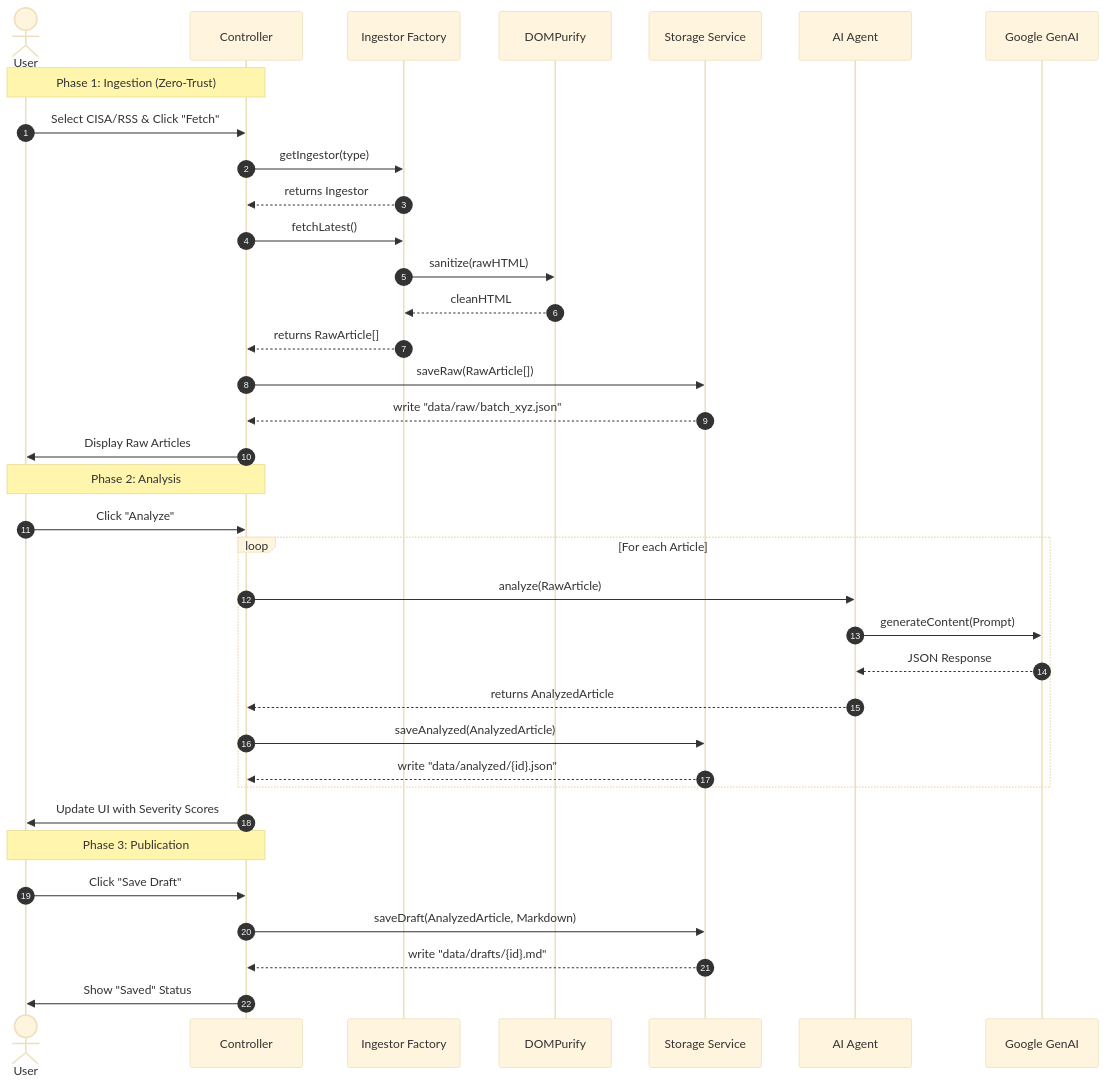
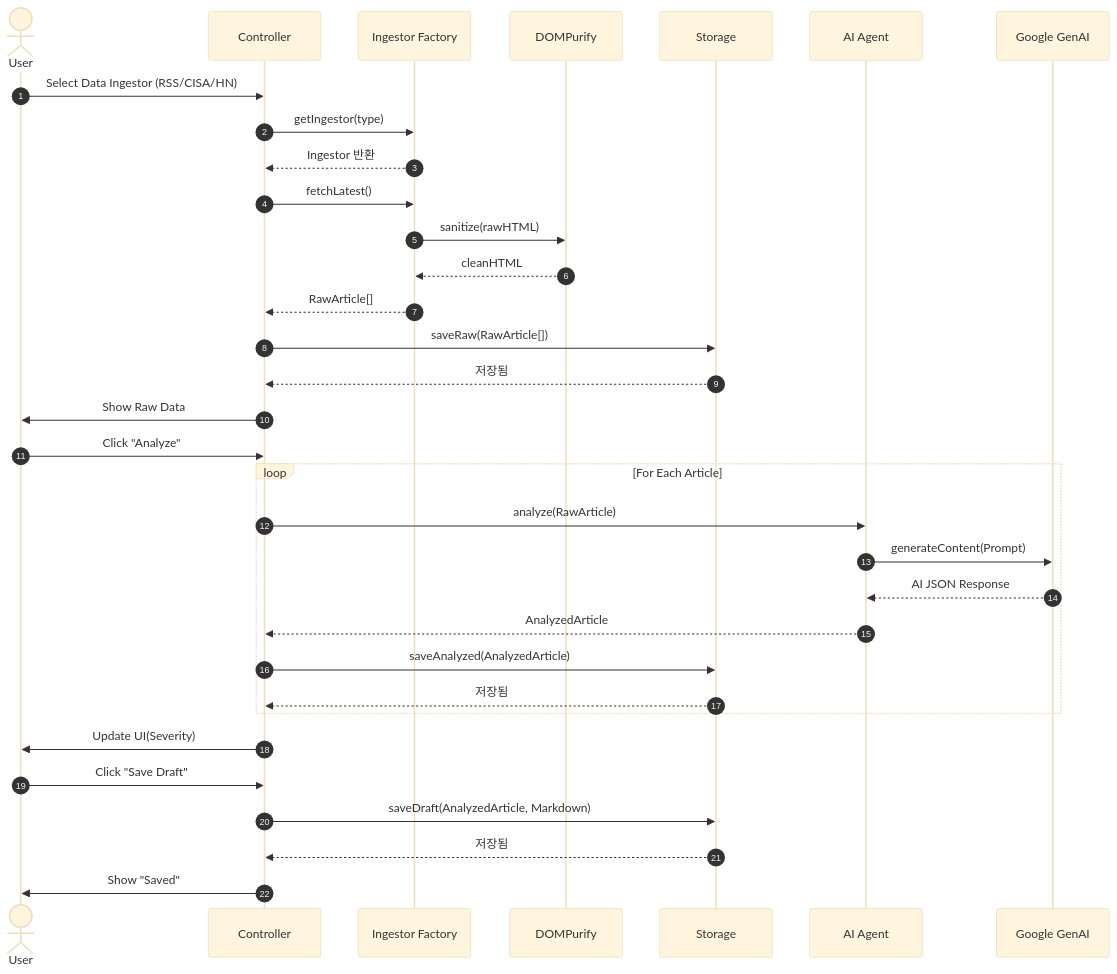
The first of 2 diagrams in docs/DATA_FLOW_Diagram.md (aramarabara/SecurityFeed_automationProject), drawn with Mermaid (base theme) before and after one commit. The commit also changed other lines of this file and 14 other files, not shown here.

First line of the commit message:
chore: Remove deprecated architecture and ontology documentation

````diff
--- a/docs/DATA_FLOW_Diagram.md
+++ b/docs/DATA_FLOW_Diagram.md
@@ -8,44 +11,38 @@
 ```mermaid
 sequenceDiagram
     autonumber
     actor User
     participant App as Controller
     participant Factory as Ingestor Factory
     participant Purify as DOMPurify
-    participant FileStore as Storage Service
+    participant FileStore as Storage
     participant Agent as AI Agent
     participant Gemini as Google GenAI
 
-    Note over User, App: Phase 1: Ingestion (Zero-Trust)
-
-    User->>App: Select CISA/RSS & Click "Fetch"
+    User->>App: Select Data Ingestor (RSS/CISA/HN)
     App->>Factory: getIngestor(type)
-    Factory-->>App: returns Ingestor
+    Factory-->>App: Ingestor 반환
     App->>Factory: fetchLatest()
     Factory->>Purify: sanitize(rawHTML)
     Purify-->>Factory: cleanHTML
-    Factory-->>App: returns RawArticle[]
+    Factory-->>App: RawArticle[]
     App->>FileStore: saveRaw(RawArticle[])
-    FileStore-->>App: write "data/raw/batch_xyz.json"
-    App->>User: Display Raw Articles
-
-    Note over User, App: Phase 2: Analysis
+    FileStore-->>App: 저장됨
+    App->>User: Show Raw Data
 
     User->>App: Click "Analyze"
-    loop For each Article
+    loop For Each Article
         App->>Agent: analyze(RawArticle)
         Agent->>Gemini: generateContent(Prompt)
-        Gemini-->>Agent: JSON Response
-        Agent-->>App: returns AnalyzedArticle
+        Gemini-->>Agent: AI JSON Response
+        Agent-->>App: AnalyzedArticle
         App->>FileStore: saveAnalyzed(AnalyzedArticle)
-        FileStore-->>App: write "data/analyzed/{id}.json"
+        FileStore-->>App: 저장됨
     end
-    App->>User: Update UI with Severity Scores
-
-    Note over User, App: Phase 3: Publication
+    App->>User: Update UI(Severity)
 
     User->>App: Click "Save Draft"
     App->>FileStore: saveDraft(AnalyzedArticle, Markdown)
-    FileStore-->>App: write "data/drafts/{id}.md"
-    App->>User: Show "Saved" Status
+    FileStore-->>App: 저장됨
+    App->>User: Show "Saved"
 ```
````
